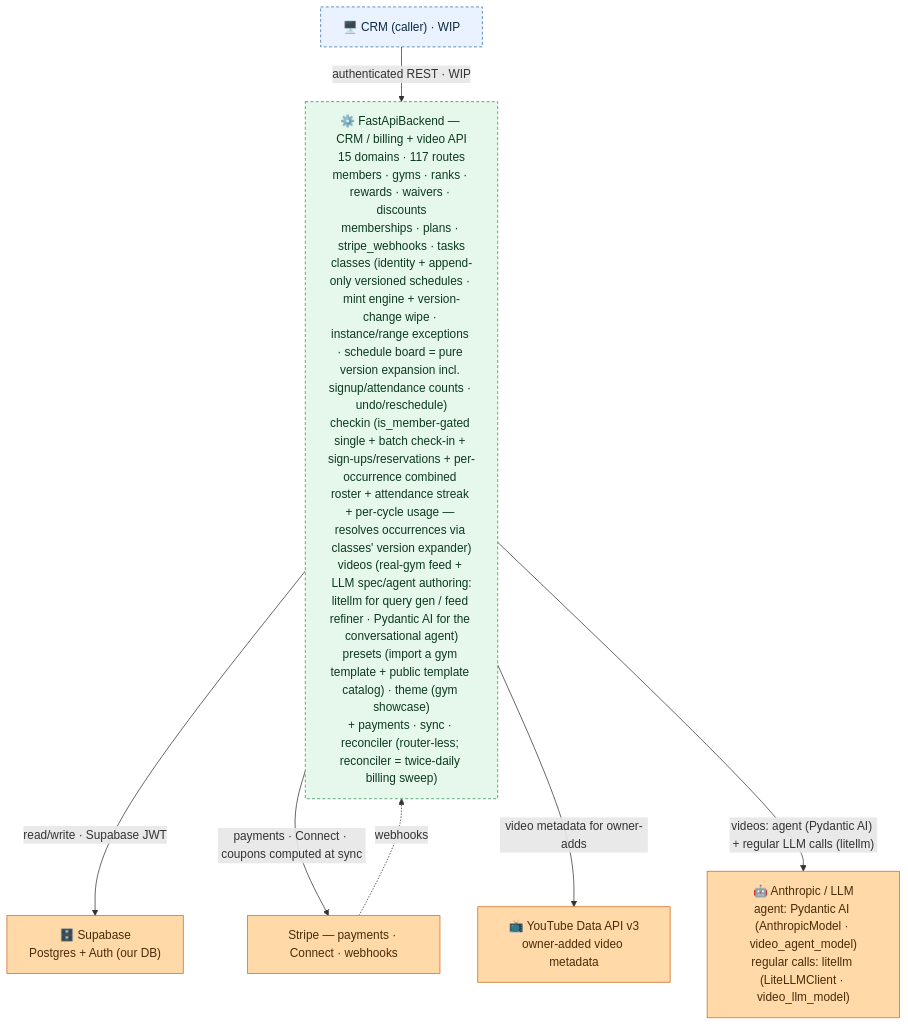
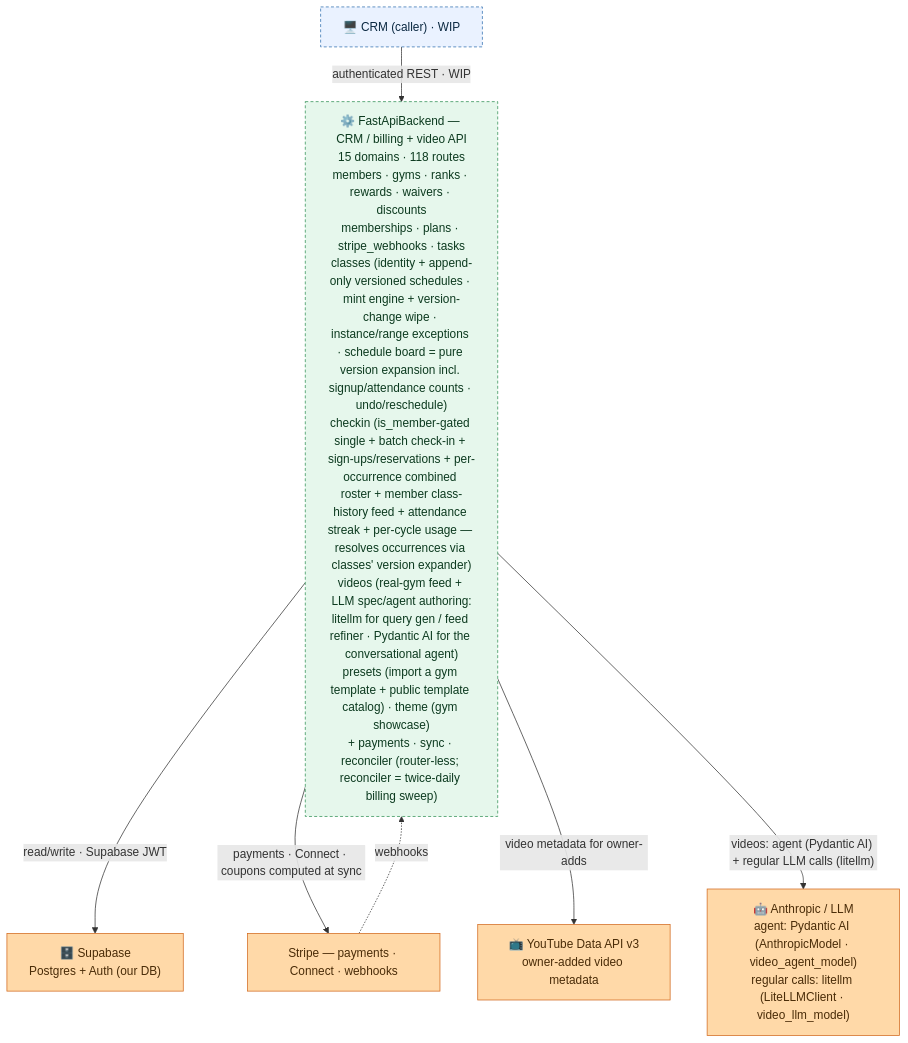
Before and after one commit to jesse51002/CombatDen: the diagram in FastApiBackend/README.md, drawn with Mermaid. The commit also changed other lines of this file and 34 other files, not shown here.

````diff
--- a/FastApiBackend/README.md
+++ b/FastApiBackend/README.md
@@ -16,23 +16,23 @@
 ```mermaid
 flowchart TB
   CRM["🖥️ CRM (caller) · WIP"]
-  FB["⚙️ FastApiBackend — CRM / billing + video API<br/>15 domains · 117 routes<br/>members · gyms · ranks · rewards · waivers · discounts<br/>memberships · plans · stripe_webhooks · tasks<br/>classes (identity + append-only versioned schedules · mint engine + version-change wipe · instance/range exceptions · schedule board = pure version expansion incl. signup/attendance counts · undo/reschedule)<br/>checkin (is_member-gated single + batch check-in + sign-ups/reservations + per-occurrence combined roster + attendance streak + per-cycle usage — resolves occurrences via classes' version expander)<br/>videos (real-gym feed + LLM spec/agent authoring:<br/>litellm for query gen / feed refiner · Pydantic AI for the conversational agent)<br/>presets (import a gym template + public template catalog) · theme (gym showcase)<br/>+ payments · sync · reconciler (router-less; reconciler = twice-daily billing sweep)"]
+  FB["⚙️ FastApiBackend — CRM / billing + video API<br/>15 domains · 118 routes<br/>members · gyms · ranks · rewards · waivers · discounts<br/>memberships · plans · stripe_webhooks · tasks<br/>classes (identity + append-only versioned schedules · mint engine + version-change wipe · instance/range exceptions · schedule board = pure version expansion incl. signup/attendance counts · undo/reschedule)<br/>checkin (is_member-gated single + batch check-in + sign-ups/reservations + per-occurrence combined roster + member class-history feed + attendance streak + per-cycle usage — resolves occurrences via classes' version expander)<br/>videos (real-gym feed + LLM spec/agent authoring:<br/>litellm for query gen / feed refiner · Pydantic AI for the conversational agent)<br/>presets (import a gym template + public template catalog) · theme (gym showcase)<br/>+ payments · sync · reconciler (router-less; reconciler = twice-daily billing sweep)"]
   Supabase["🗄️ Supabase<br/>Postgres + Auth (our DB)"]
   Stripe["Stripe — payments · Connect · webhooks"]
   YouTube["📺 YouTube Data API v3<br/>owner-added video metadata"]
   LLMProvider["🤖 Anthropic / LLM<br/>agent: Pydantic AI (AnthropicModel · video_agent_model)<br/>regular calls: litellm (LiteLLMClient · video_llm_model)"]
   CRM -->|"authenticated REST · WIP"| FB
   FB -->|"read/write · Supabase JWT"| Supabase
   FB -->|"payments · Connect · coupons computed at sync"| Stripe
   Stripe -.->|"webhooks"| FB
   FB -->|"video metadata for owner-adds"| YouTube
   FB -->|"videos: agent (Pydantic AI) + regular LLM calls (litellm)"| LLMProvider
   classDef client fill:#eaf2ff,stroke:#2f6fb0,color:#0b2942;
   classDef svc fill:#e6f7ec,stroke:#2f8f53,color:#0c3a1f;
   classDef ext fill:#ffd9a8,stroke:#d2691e,color:#4a2c08;
   class CRM client;
   class FB svc;
   class Supabase,Stripe,YouTube,LLMProvider ext;
   style CRM stroke-dasharray:4 3;
   style FB stroke-dasharray:4 3;
 ```
````
